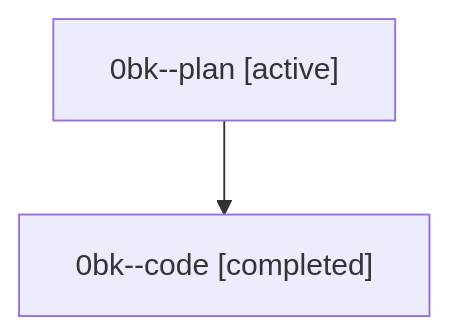
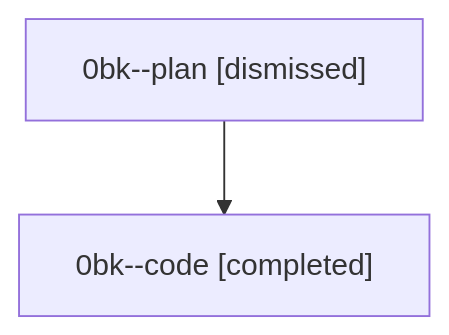
One commit to sase-org/sase--agents changed the diagram in sessions/bbugyi200.athena.0bk.md. Above: the diagram before and after it, drawn with Mermaid. The commit also changed other lines of this file and 29 other files, not shown here.

````diff
--- a/sessions/bbugyi200.athena.0bk.md
+++ b/sessions/bbugyi200.athena.0bk.md
@@ -9,6 +9,6 @@
 ```mermaid
 flowchart TD
-  n0["0bk--plan [active]"]
+  n0["0bk--plan [dismissed]"]
   n1["0bk--code [completed]"]
   n0 --> n1
 ```
````
